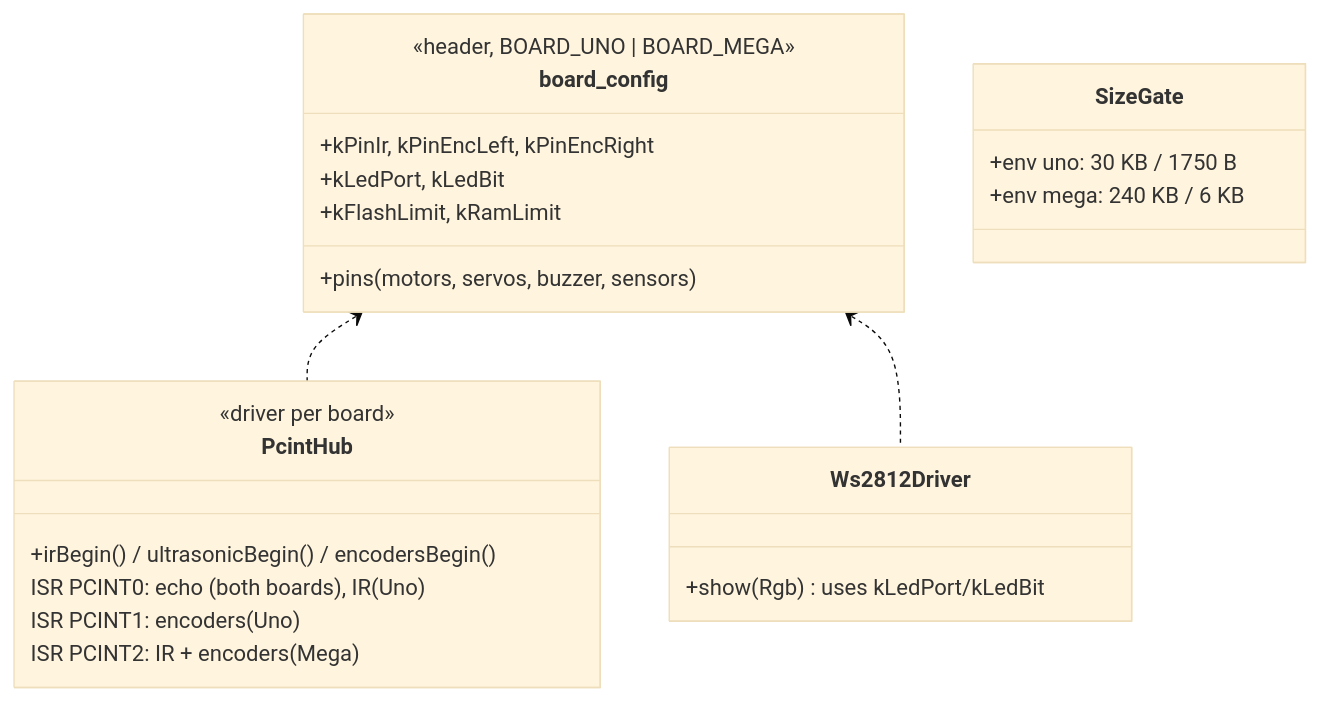
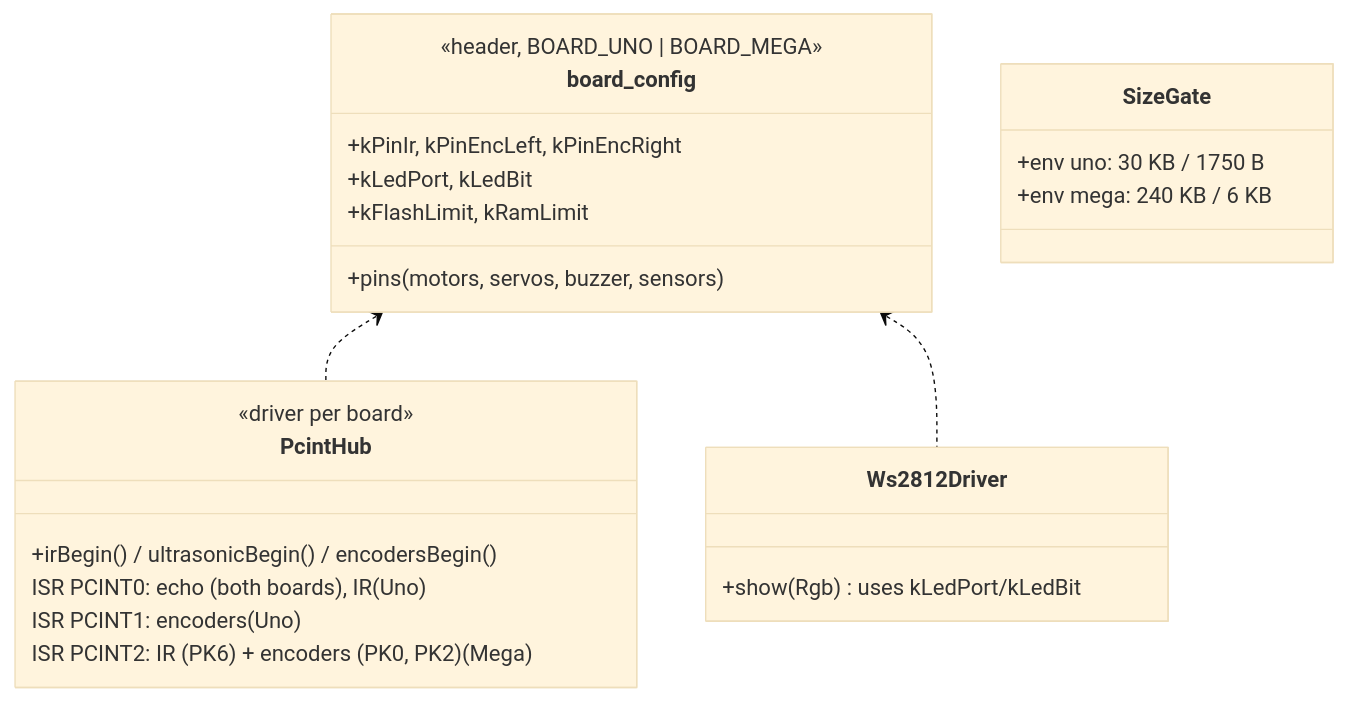
Diagram 34 of 35 in docs/lld/uno-firmware-lld.md (mannuray/conqueror), drawn with Mermaid (base theme) before and after one commit. The commit also changed other lines of this file and 6 other files, not shown here.

First line of the commit message:
feat(uno): Mega pins revised - IR on A14, buzzer on D24, encoders A8/A9 + A10/A11

````diff
--- a/docs/lld/uno-firmware-lld.md
+++ b/docs/lld/uno-firmware-lld.md
@@ -1749,26 +1750,26 @@
 ```mermaid
 classDiagram
   class board_config {
     <<header, BOARD_UNO | BOARD_MEGA>>
     +pins (motors, servos, buzzer, sensors)
     +kPinIr, kPinEncLeft, kPinEncRight
     +kLedPort, kLedBit
     +kFlashLimit, kRamLimit
   }
   class PcintHub {
     <<driver per board>>
     +irBegin() / ultrasonicBegin() / encodersBegin()
     ISR PCINT0: echo (both boards), IR (Uno)
     ISR PCINT1: encoders (Uno)
-    ISR PCINT2: IR + encoders (Mega)
+    ISR PCINT2: IR (PK6) + encoders (PK0, PK2) (Mega)
   }
   class Ws2812Driver {
     +show(Rgb) uses kLedPort/kLedBit
   }
   class SizeGate {
     +env uno: 30 KB / 1750 B
     +env mega: 240 KB / 6 KB
   }
   board_config <.. PcintHub
   board_config <.. Ws2812Driver
 ```
````
